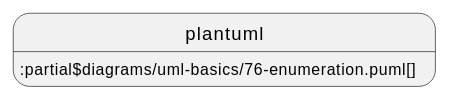
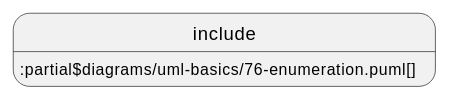
Before and after one commit to acplt/aas-specs: diagram 15 of 24 in documentation/IDTA-01001/modules/ROOT/pages/annex/uml.adoc, drawn with PlantUML. The commit also changed other lines of this file and 14 other files, not shown here.

First line of the commit message:
Revert "Use plantuml instead of include and test ./"

```diff
--- a/documentation/IDTA-01001/modules/ROOT/pages/annex/uml.adoc
+++ b/documentation/IDTA-01001/modules/ROOT/pages/annex/uml.adoc
@@ -223,4 +223,4 @@
 [plantuml, 76-enumeration, svg]
 ....
-plantuml::partial$diagrams/uml-basics/76-enumeration.puml[]
+include::partial$diagrams/uml-basics/76-enumeration.puml[]
 ....
```
